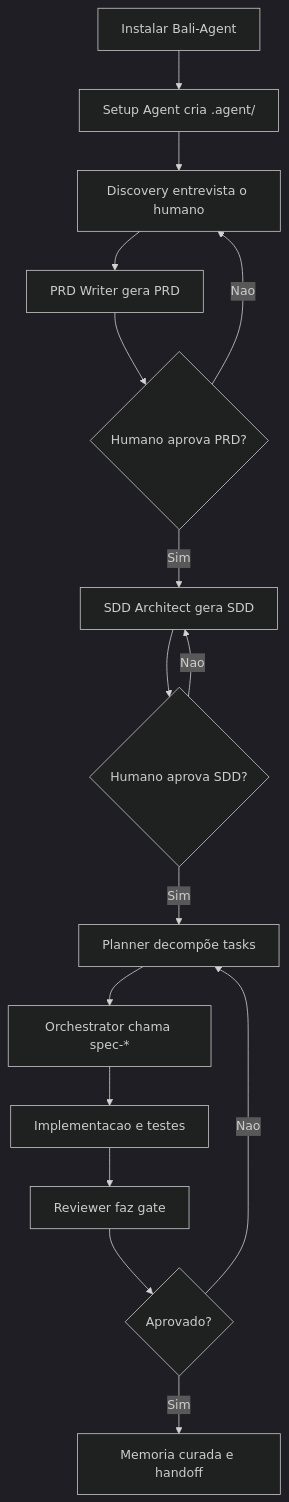
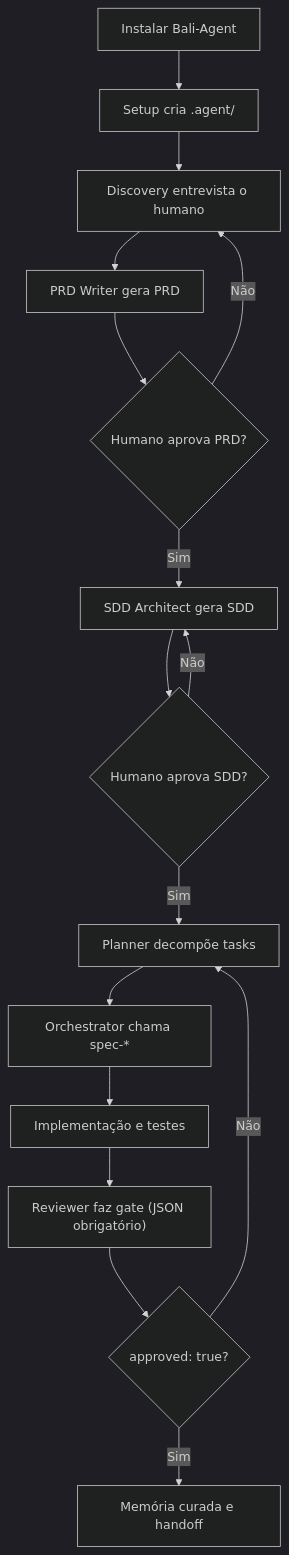
The first of 2 diagrams in README.md (ba-lison/Bali-Agent), drawn with Mermaid (dark theme) before and after one commit. The commit also changed other lines of this file, not shown here.

````diff
--- a/README.md
+++ b/README.md
@@ -93,18 +265,18 @@
 ```mermaid
 flowchart TD
-  A["Instalar Bali-Agent"] --> B["Setup Agent cria .agent/"]
+  A["Instalar Bali-Agent"] --> B["Setup cria .agent/"]
   B --> C["Discovery entrevista o humano"]
   C --> D["PRD Writer gera PRD"]
   D --> E{"Humano aprova PRD?"}
-  E -- "Nao" --> C
+  E -- "Não" --> C
   E -- "Sim" --> F["SDD Architect gera SDD"]
   F --> G{"Humano aprova SDD?"}
-  G -- "Nao" --> F
+  G -- "Não" --> F
   G -- "Sim" --> H["Planner decompõe tasks"]
   H --> I["Orchestrator chama spec-*"]
-  I --> J["Implementacao e testes"]
-  J --> K["Reviewer faz gate"]
-  K --> L{"Aprovado?"}
-  L -- "Nao" --> H
-  L -- "Sim" --> M["Memoria curada e handoff"]
+  I --> J["Implementação e testes"]
+  J --> K["Reviewer faz gate (JSON obrigatório)"]
+  K --> L{"approved: true?"}
+  L -- "Não" --> H
+  L -- "Sim" --> M["Memória curada e handoff"]
 ```
````
